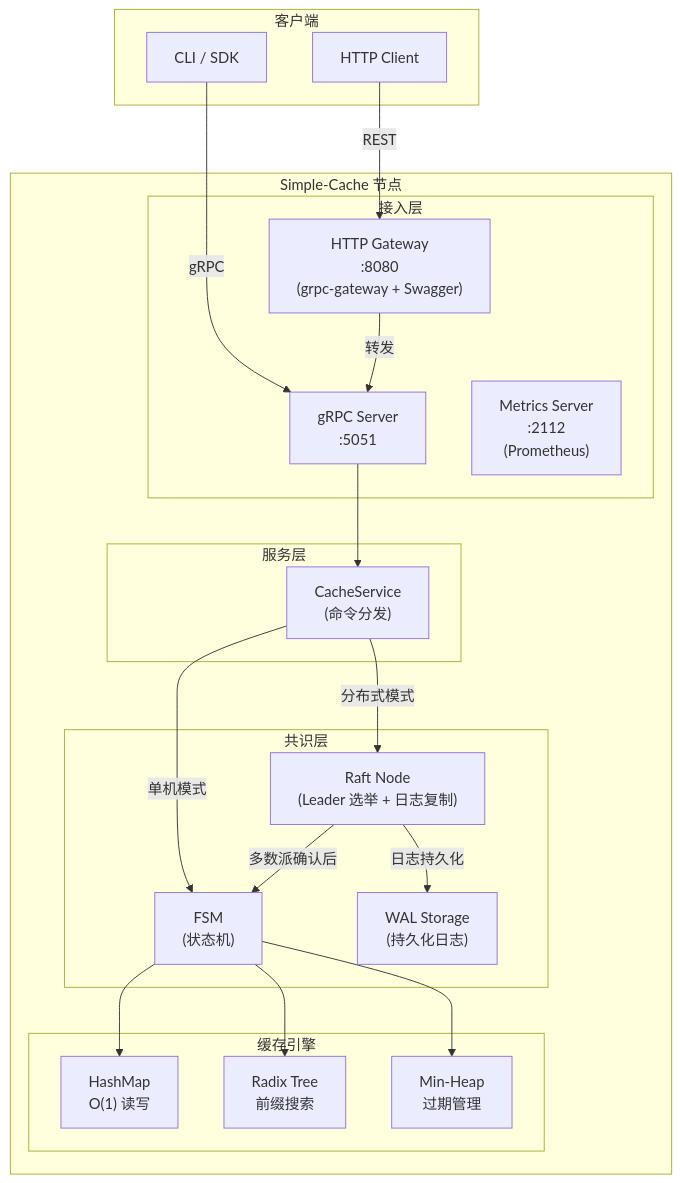
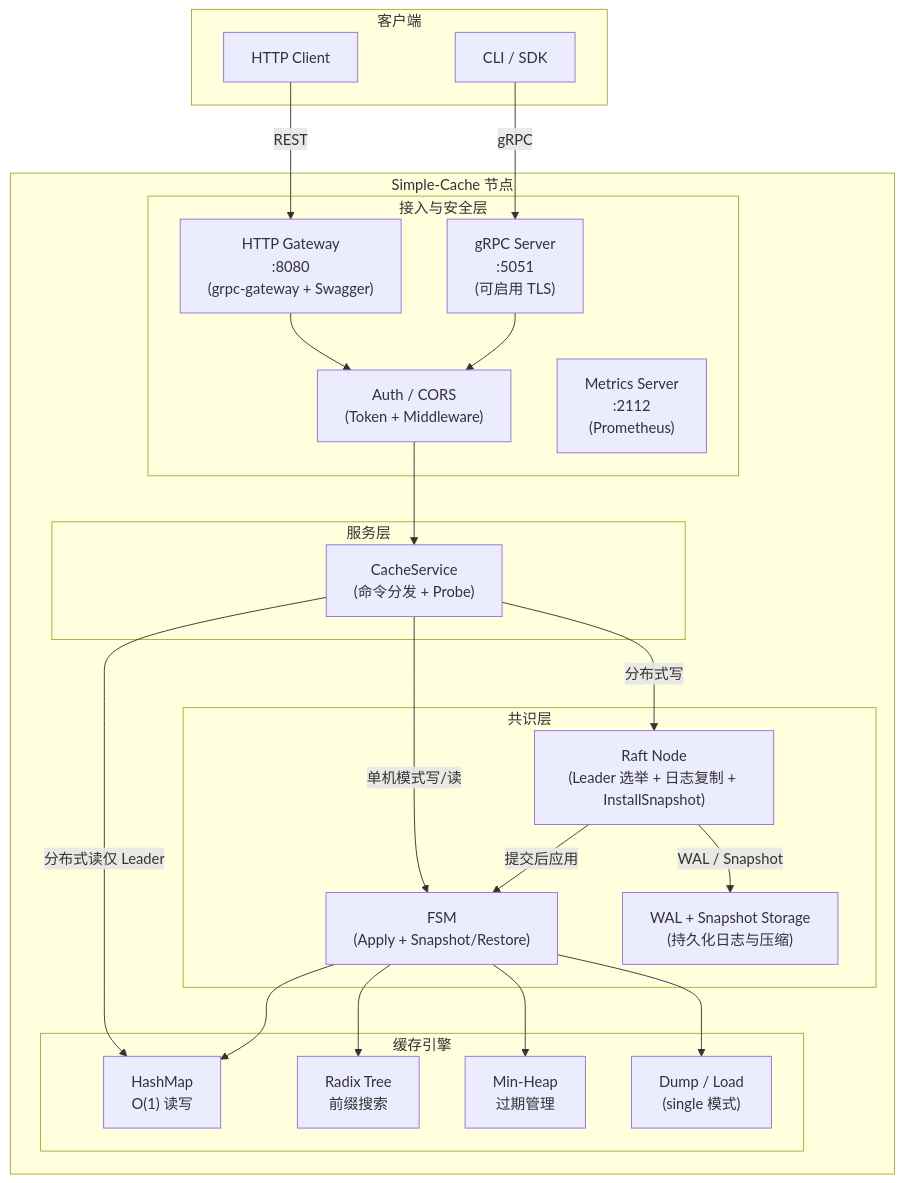
The first of 7 diagrams in README.md (lushenle/simple-cache), drawn with Mermaid before and after one commit. The commit also changed other lines of this file and 44 other files, not shown here.

````diff
--- a/README.md
+++ b/README.md
@@ -83,43 +86,48 @@
 ```mermaid
 graph TB
     subgraph 客户端
         CLI["CLI / SDK"]
         HTTP_C["HTTP Client"]
     end
 
     subgraph "Simple-Cache 节点"
-        subgraph "接入层"
+        subgraph "接入与安全层"
             GW["HTTP Gateway<br/>:8080<br/>(grpc-gateway + Swagger)"]
-            GRPC["gRPC Server<br/>:5051"]
+            GRPC["gRPC Server<br/>:5051<br/>(可启用 TLS)"]
+            AUTH["Auth / CORS<br/>(Token + Middleware)"]
             METRICS["Metrics Server<br/>:2112<br/>(Prometheus)"]
         end
 
         subgraph "服务层"
-            SVC["CacheService<br/>(命令分发)"]
+            SVC["CacheService<br/>(命令分发 + Probe)"]
         end
 
         subgraph "共识层"
-            FSM["FSM<br/>(状态机)"]
-            RAFT["Raft Node<br/>(Leader 选举 + 日志复制)"]
-            STORE["WAL Storage<br/>(持久化日志)"]
+            FSM["FSM<br/>(Apply + Snapshot/Restore)"]
+            RAFT["Raft Node<br/>(Leader 选举 + 日志复制 + InstallSnapshot)"]
+            STORE["WAL + Snapshot Storage<br/>(持久化日志与压缩)"]
         end
 
         subgraph "缓存引擎"
             MAP["HashMap<br/>O(1) 读写"]
             TREE["Radix Tree<br/>前缀搜索"]
             HEAP["Min-Heap<br/>过期管理"]
+            PERSIST["Dump / Load<br/>(single 模式)"]
         end
     end
 
     CLI -->|gRPC| GRPC
     HTTP_C -->|REST| GW
-    GW -->|转发| GRPC
-    GRPC --> SVC
-    SVC -->|单机模式| FSM
-    SVC -->|分布式模式| RAFT
-    RAFT -->|日志持久化| STORE
-    RAFT -->|多数派确认后| FSM
+    GW --> AUTH
+    GRPC --> AUTH
+    AUTH --> SVC
+    SVC -->|单机模式写/读| FSM
+    SVC -->|分布式写| RAFT
+    SVC -->|分布式读仅 Leader| MAP
+    RAFT -->|WAL / Snapshot| STORE
+    RAFT -->|提交后应用| FSM
     FSM --> MAP
     FSM --> TREE
     FSM --> HEAP
+    FSM --> PERSIST
 ```
````
